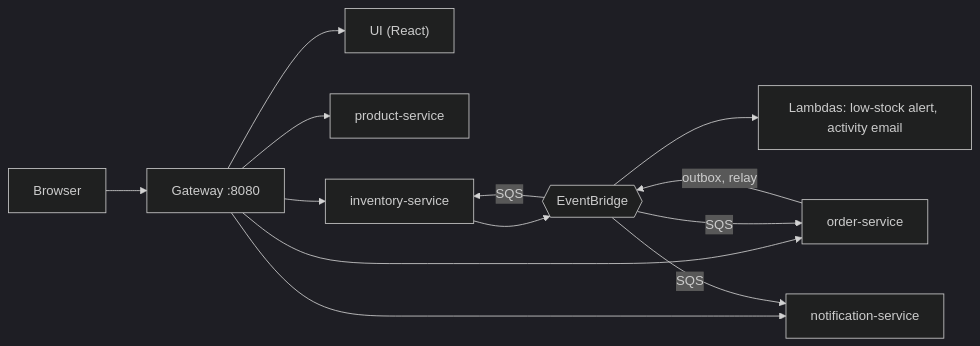
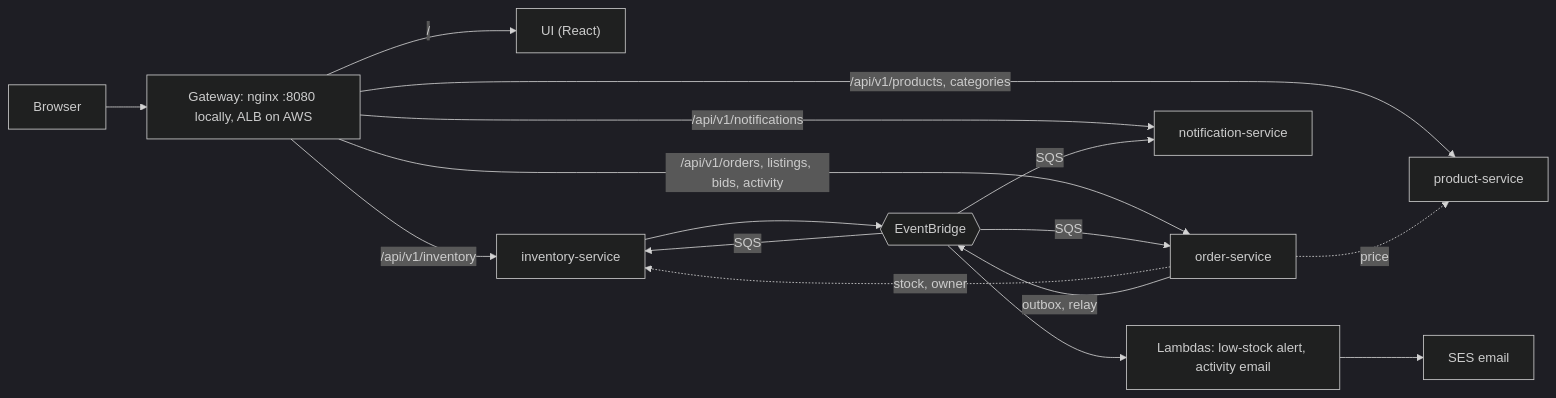
One commit to loriamichaelj/cloud-punks changed the first of 2 diagrams in README.md. Above: the diagram before and after it, drawn with Mermaid (dark theme). The commit also changed other lines of this file and 3 other files, not shown here.

First line of the commit message:
Docs: diagrams and text brought in line with the current build

````diff
--- a/README.md
+++ b/README.md
@@ -7,15 +7,18 @@
 ```mermaid
 flowchart LR
-  B["Browser"] --> GW["Gateway :8080"]
-  GW --> UI["UI (React)"]
-  GW --> P["product-service"]
-  GW --> I["inventory-service"]
-  GW --> O["order-service"]
-  GW --> N["notification-service"]
+  B["Browser"] --> GW["Gateway: nginx :8080 locally, ALB on AWS"]
+  GW -->|"/"| UI["UI (React)"]
+  GW -->|"/api/v1/products, categories"| P["product-service"]
+  GW -->|"/api/v1/inventory"| I["inventory-service"]
+  GW -->|"/api/v1/orders, listings, bids, activity"| O["order-service"]
+  GW -->|"/api/v1/notifications"| N["notification-service"]
+  O -. "price" .-> P
+  O -. "stock, owner" .-> I
   O -->|"outbox, relay"| BUS{{"EventBridge"}}
   I --> BUS
   BUS -->|"SQS"| I
   BUS -->|"SQS"| O
   BUS -->|"SQS"| N
   BUS --> L["Lambdas: low-stock alert, activity email"]
+  L --> SES["SES email"]
 ```
````
